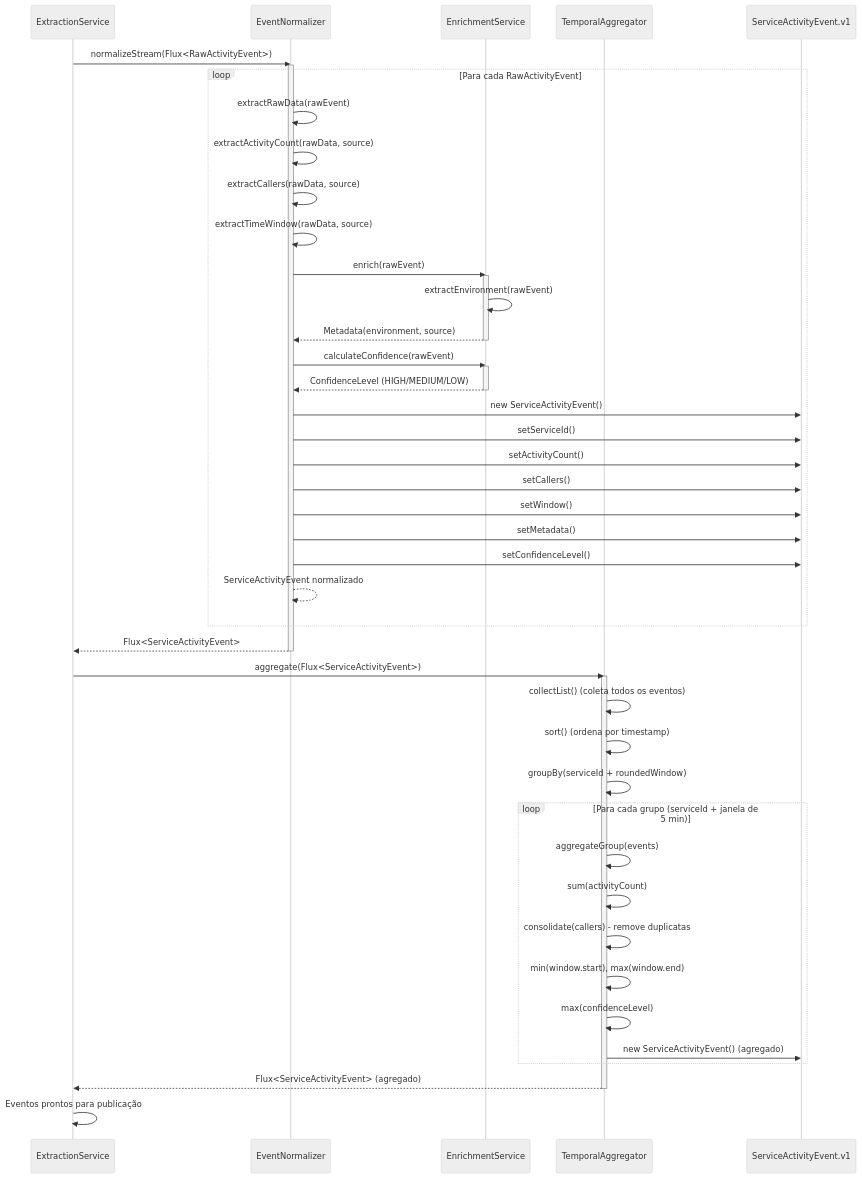
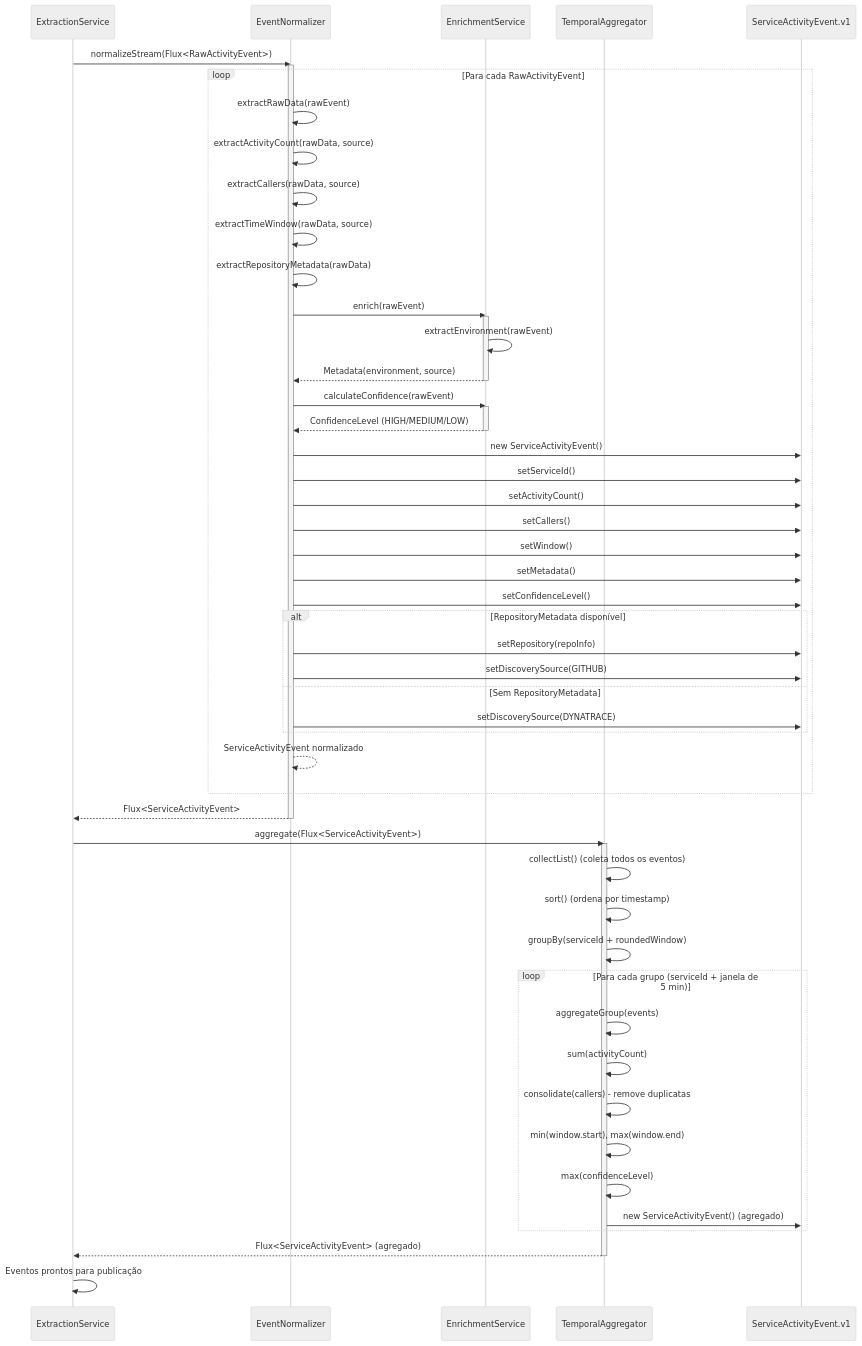
One commit to sandro-lopes/catalog-traffic-engine changed the second of 4 diagrams in docs/SEQUENCE_DIAGRAMS.md. Above: the diagram before and after it, drawn with Mermaid (neutral theme). The commit also changed other lines of this file and 4 other files, not shown here.

````diff
--- a/docs/SEQUENCE_DIAGRAMS.md
+++ b/docs/SEQUENCE_DIAGRAMS.md
@@ -99,63 +112,70 @@
 ```mermaid
 sequenceDiagram
     participant ES as ExtractionService
     participant EN as EventNormalizer
     participant ESvc as EnrichmentService
     participant TA as TemporalAggregator
     participant Schema as ServiceActivityEvent.v1
 
     ES->>EN: normalizeStream(Flux<RawActivityEvent>)
     activate EN
     
     loop Para cada RawActivityEvent
         EN->>EN: extractRawData(rawEvent)
         EN->>EN: extractActivityCount(rawData, source)
         EN->>EN: extractCallers(rawData, source)
         EN->>EN: extractTimeWindow(rawData, source)
+        EN->>EN: extractRepositoryMetadata(rawData)
         
         EN->>ESvc: enrich(rawEvent)
         activate ESvc
         ESvc->>ESvc: extractEnvironment(rawEvent)
         ESvc-->>EN: Metadata(environment, source)
         deactivate ESvc
         
         EN->>ESvc: calculateConfidence(rawEvent)
         activate ESvc
         ESvc-->>EN: ConfidenceLevel (HIGH/MEDIUM/LOW)
         deactivate ESvc
         
         EN->>Schema: new ServiceActivityEvent()
         EN->>Schema: setServiceId()
         EN->>Schema: setActivityCount()
         EN->>Schema: setCallers()
         EN->>Schema: setWindow()
         EN->>Schema: setMetadata()
         EN->>Schema: setConfidenceLevel()
+        alt RepositoryMetadata disponível
+            EN->>Schema: setRepository(repoInfo)
+            EN->>Schema: setDiscoverySource(GITHUB)
+        else Sem RepositoryMetadata
+            EN->>Schema: setDiscoverySource(DYNATRACE)
+        end
         
         EN-->>EN: ServiceActivityEvent normalizado
     end
     
     EN-->>ES: Flux<ServiceActivityEvent>
     deactivate EN
     
     ES->>TA: aggregate(Flux<ServiceActivityEvent>)
     activate TA
     
     TA->>TA: collectList() (coleta todos os eventos)
     TA->>TA: sort() (ordena por timestamp)
     TA->>TA: groupBy(serviceId + roundedWindow)
     
     loop Para cada grupo (serviceId + janela de 5 min)
         TA->>TA: aggregateGroup(events)
         TA->>TA: sum(activityCount)
         TA->>TA: consolidate(callers) - remove duplicatas
         TA->>TA: min(window.start), max(window.end)
         TA->>TA: max(confidenceLevel)
         TA->>Schema: new ServiceActivityEvent() (agregado)
     end
     
     TA-->>ES: Flux<ServiceActivityEvent> (agregado)
     deactivate TA
     
     ES->>ES: Eventos prontos para publicação
 ```
````
